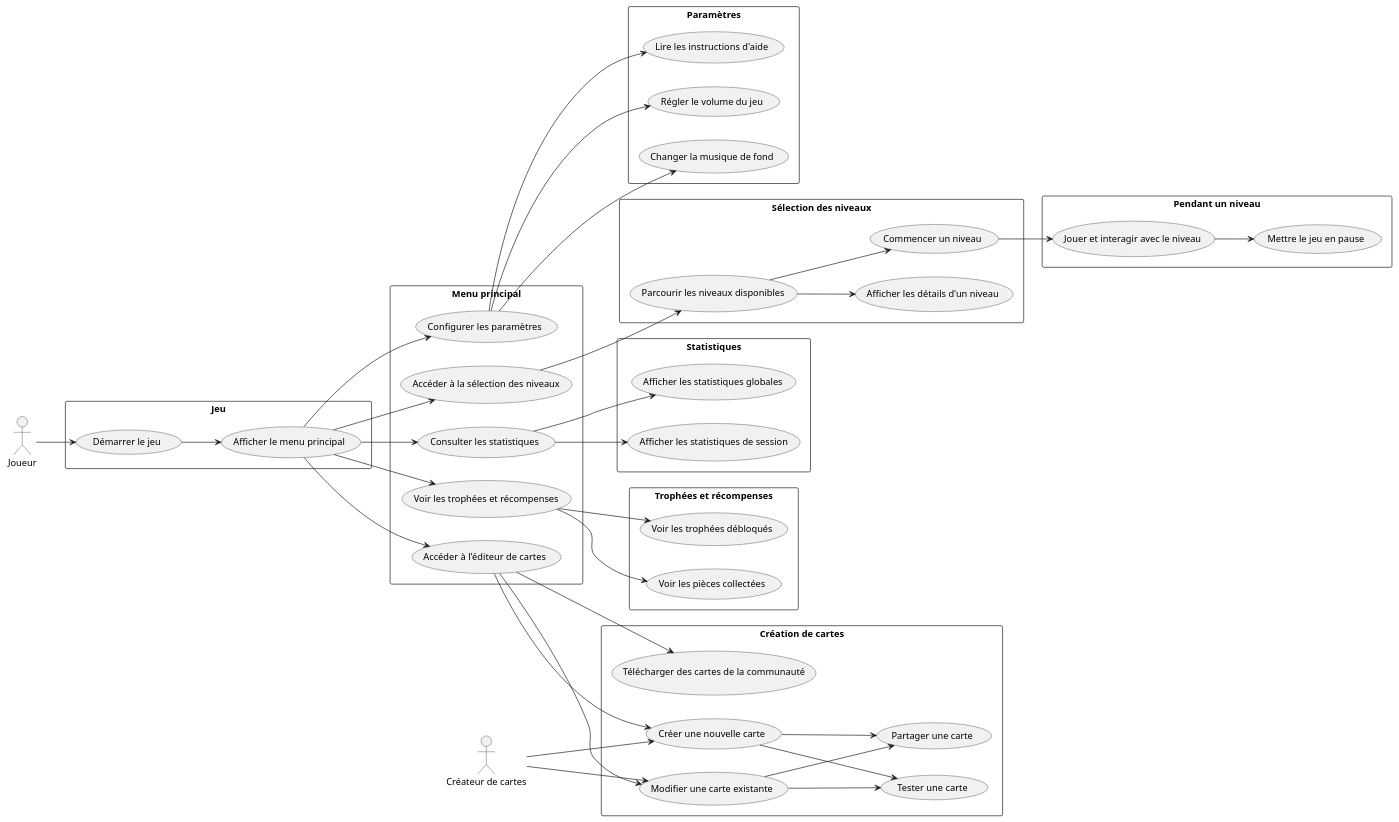
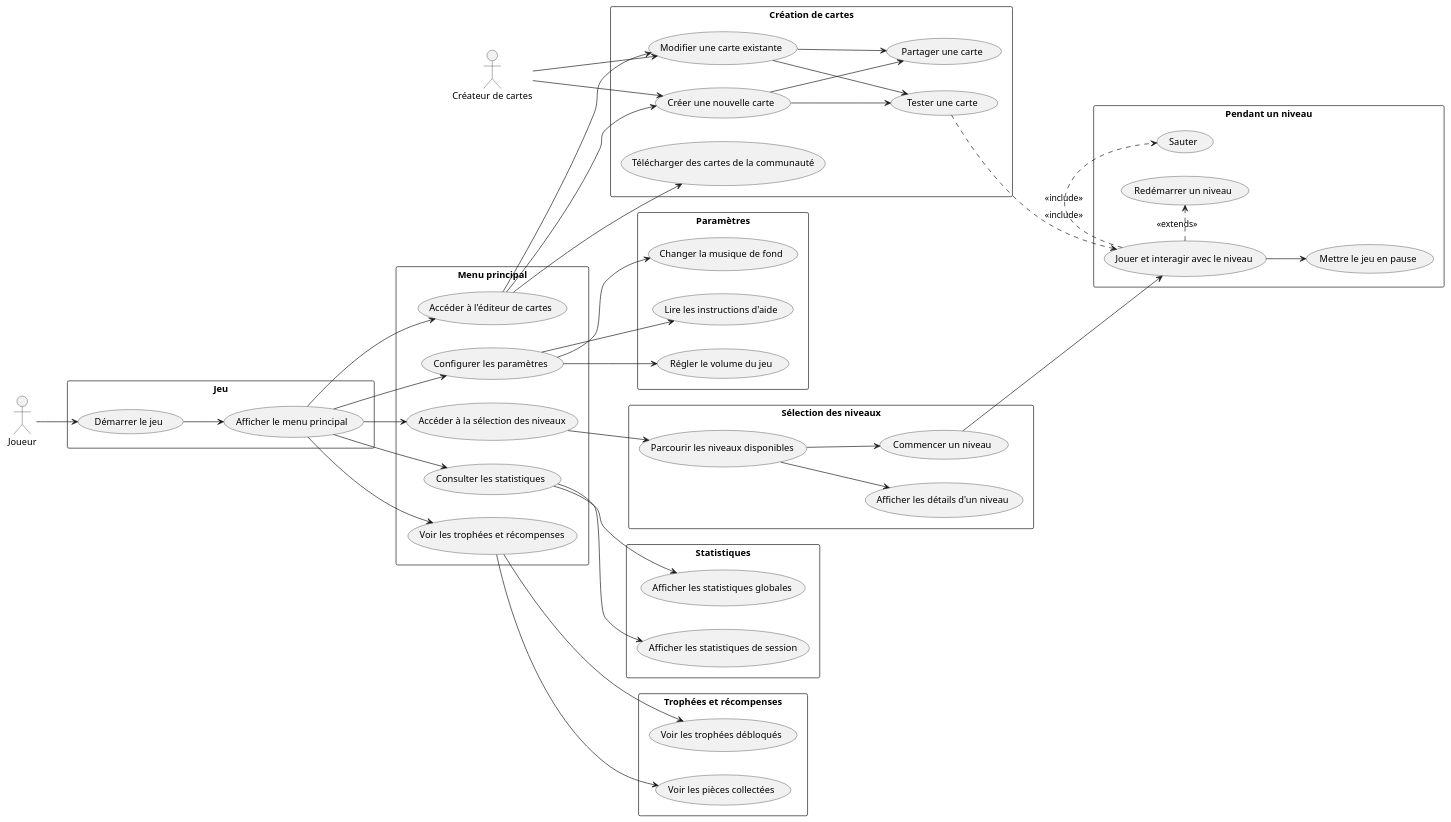
The diagram in uml/use-case-diagram.puml (boudji-ludwig-pett/cnam-geometry-dash), drawn with PlantUML before and after one commit.

Commit message:
docs(uml): add actions in gameplay in use cascase diagram

```diff
--- a/uml/use-case-diagram.puml
+++ b/uml/use-case-diagram.puml
@@ -1,86 +1,98 @@
 @startuml Geometry Dash - Diagramme de cas d'utilisation
 
 left to right direction
 
 actor Joueur as Joueur
 actor "Créateur de cartes" as Createur
 
 rectangle Jeu {
     usecase "Démarrer le jeu" as DemarrerJeu
     usecase "Afficher le menu principal" as AfficherMenu
 }
 
 rectangle "Menu principal" {
     usecase "Configurer les paramètres" as ConfigurerParametres
     usecase "Accéder à la sélection des niveaux" as SelectionNiveau
     usecase "Accéder à l'éditeur de cartes" as EditeurCartes
     usecase "Consulter les statistiques" as ConsulterStats
     usecase "Voir les trophées et récompenses" as VoirTrophees
 }
 
 rectangle "Sélection des niveaux" {
     usecase "Parcourir les niveaux disponibles" as ParcourirNiveaux
     usecase "Afficher les détails d'un niveau" as AfficherDetailsNiveau
     usecase "Commencer un niveau" as CommencerNiveau
 }
 
 rectangle "Pendant un niveau" {
     usecase "Jouer et interagir avec le niveau" as JouerNiveau
+    usecase "Sauter" as Sauter
+    usecase "Redémarrer un niveau" as RedemarrerNiveau
     usecase "Mettre le jeu en pause" as MettrePause
 }
 
 rectangle "Paramètres" {
     usecase "Régler le volume du jeu" as ReglerVolume
     usecase "Changer la musique de fond" as ChangerMusique
     usecase "Lire les instructions d'aide" as LireAide
 }
 
 rectangle "Création de cartes" {
     usecase "Créer une nouvelle carte" as CreerNouvelleCarte
     usecase "Modifier une carte existante" as ModifierCarte
     usecase "Tester une carte" as TesterCarte
     usecase "Partager une carte" as PartagerCarte
     usecase "Télécharger des cartes de la communauté" as TelechargerCartes
 }
 
 rectangle "Statistiques" {
     usecase "Afficher les statistiques globales" as AfficherStatsGlobales
     usecase "Afficher les statistiques de session" as AfficherStatsSession
 }
 
 rectangle "Trophées et récompenses" {
     usecase "Voir les trophées débloqués" as VoirTropheesDebloques
     usecase "Voir les pièces collectées" as VoirPieces
 }
 
 Joueur --> DemarrerJeu
 DemarrerJeu --> AfficherMenu
 AfficherMenu --> ConfigurerParametres
 AfficherMenu --> SelectionNiveau
 AfficherMenu --> EditeurCartes
 AfficherMenu --> ConsulterStats
 AfficherMenu --> VoirTrophees
+
 SelectionNiveau --> ParcourirNiveaux
 ParcourirNiveaux --> AfficherDetailsNiveau
 ParcourirNiveaux --> CommencerNiveau
 CommencerNiveau --> JouerNiveau
 JouerNiveau --> MettrePause
+
+JouerNiveau .> Sauter : <<include>>
+JouerNiveau .> RedemarrerNiveau : <<extends>>
+
 ConfigurerParametres --> ReglerVolume
 ConfigurerParametres --> ChangerMusique
 ConfigurerParametres --> LireAide
+
 EditeurCartes --> CreerNouvelleCarte
 EditeurCartes --> ModifierCarte
 CreerNouvelleCarte --> TesterCarte
 ModifierCarte --> TesterCarte
 CreerNouvelleCarte --> PartagerCarte
 ModifierCarte --> PartagerCarte
 EditeurCartes --> TelechargerCartes
+
+TesterCarte .> JouerNiveau : <<include>>
+
 ConsulterStats --> AfficherStatsGlobales
 ConsulterStats --> AfficherStatsSession
+
 VoirTrophees --> VoirTropheesDebloques
 VoirTrophees --> VoirPieces
 
 Createur --> CreerNouvelleCarte
 Createur --> ModifierCarte
 
 @enduml
```
